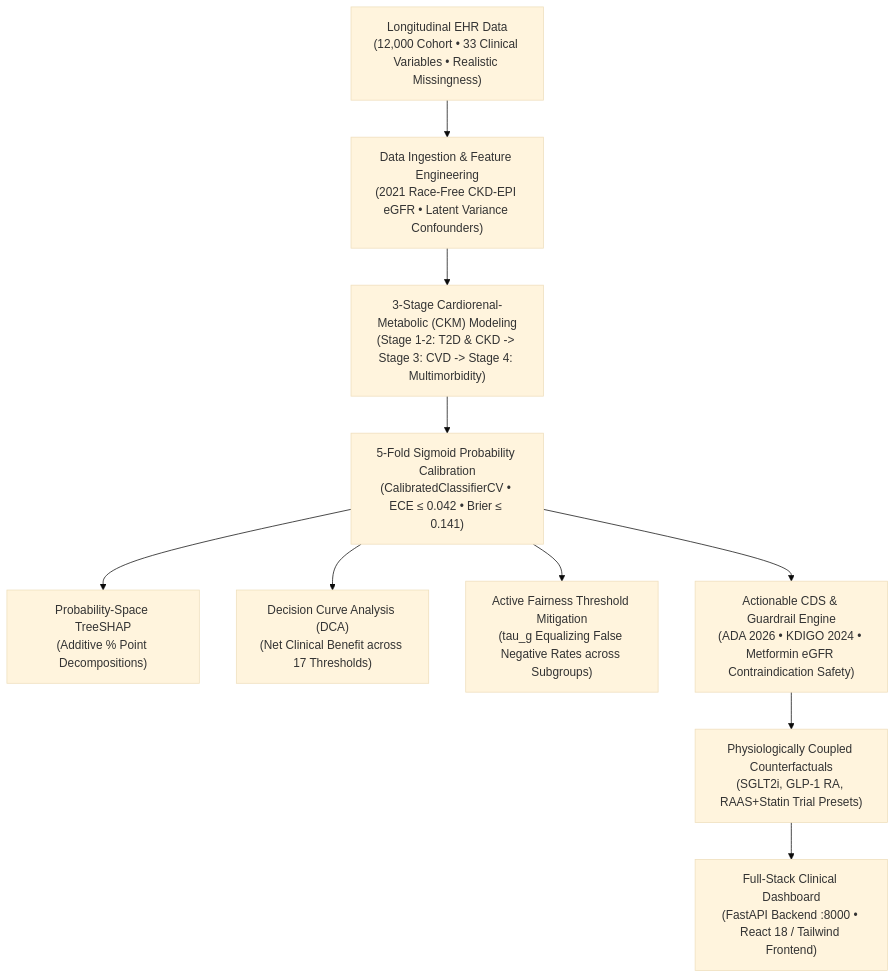
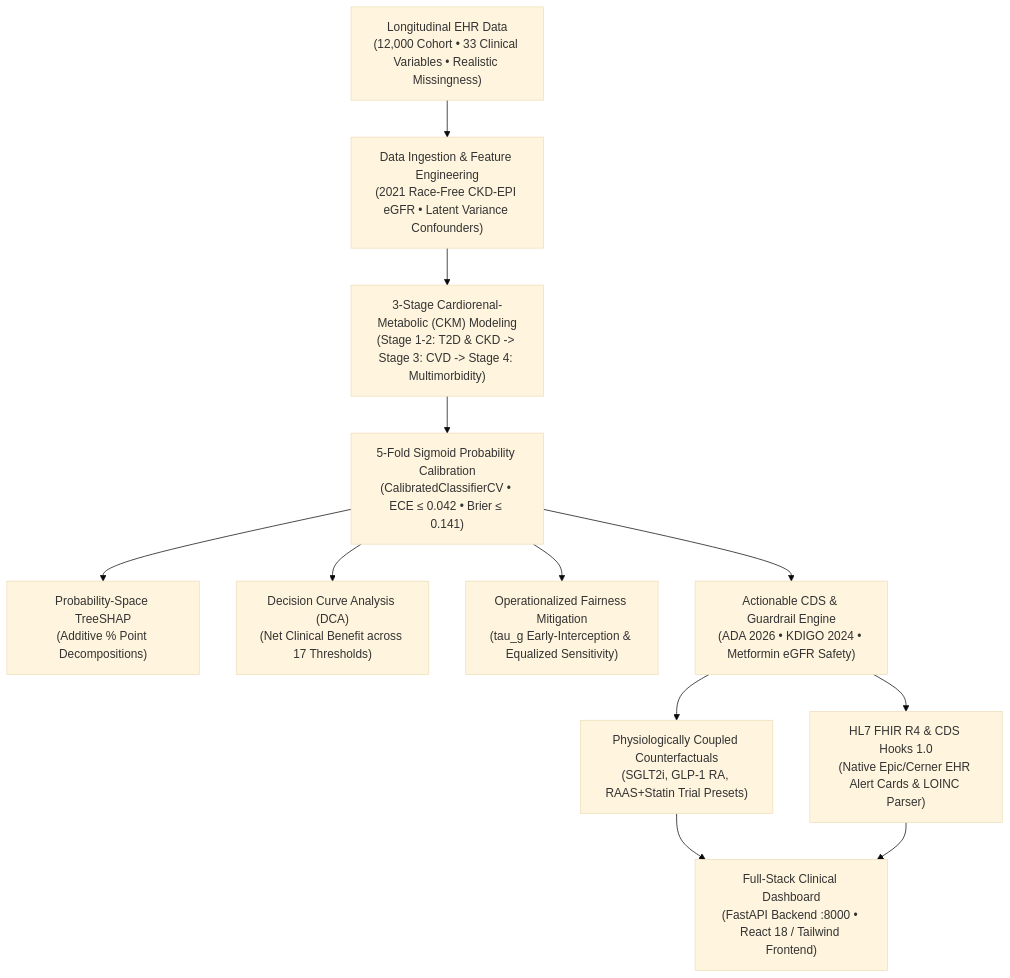
One commit to armageden/vitarisk-cds changed the diagram in README.md. Above: the diagram before and after it, drawn with Mermaid (base theme). The commit also changed other lines of this file and 14 other files, not shown here.

Commit message:
feat: operationalize clinical baselines, active fairness interception, HL7 FHIR R4 & CDS Hooks 1.0 services

````diff
--- a/README.md
+++ b/README.md
@@ -83,12 +83,14 @@
 ```mermaid
 flowchart TD
     A["Longitudinal EHR Data<br/>(12,000 Cohort • 33 Clinical Variables • Realistic Missingness)"] --> B["Data Ingestion & Feature Engineering<br/>(2021 Race-Free CKD-EPI eGFR • Latent Variance Confounders)"]
     B --> C["3-Stage Cardiorenal-Metabolic (CKM) Modeling<br/>(Stage 1-2: T2D & CKD -> Stage 3: CVD -> Stage 4: Multimorbidity)"]
     C --> D["5-Fold Sigmoid Probability Calibration<br/>(CalibratedClassifierCV • ECE ≤ 0.042 • Brier ≤ 0.141)"]
     D --> E["Probability-Space TreeSHAP<br/>(Additive % Point Decompositions)"]
     D --> F["Decision Curve Analysis (DCA)<br/>(Net Clinical Benefit across 17 Thresholds)"]
-    D --> G["Active Fairness Threshold Mitigation<br/>(tau_g Equalizing False Negative Rates across Subgroups)"]
-    D --> H["Actionable CDS & Guardrail Engine<br/>(ADA 2026 • KDIGO 2024 • Metformin eGFR Contraindication Safety)"]
+    D --> G["Operationalized Fairness Mitigation<br/>(tau_g Early-Interception & Equalized Sensitivity)"]
+    D --> H["Actionable CDS & Guardrail Engine<br/>(ADA 2026 • KDIGO 2024 • Metformin eGFR Safety)"]
     H --> I["Physiologically Coupled Counterfactuals<br/>(SGLT2i, GLP-1 RA, RAAS+Statin Trial Presets)"]
+    H --> K["HL7 FHIR R4 & CDS Hooks 1.0<br/>(Native Epic/Cerner EHR Alert Cards & LOINC Parser)"]
     I --> J["Full-Stack Clinical Dashboard<br/>(FastAPI Backend :8000 • React 18 / Tailwind Frontend)"]
+    K --> J
 ```
````
